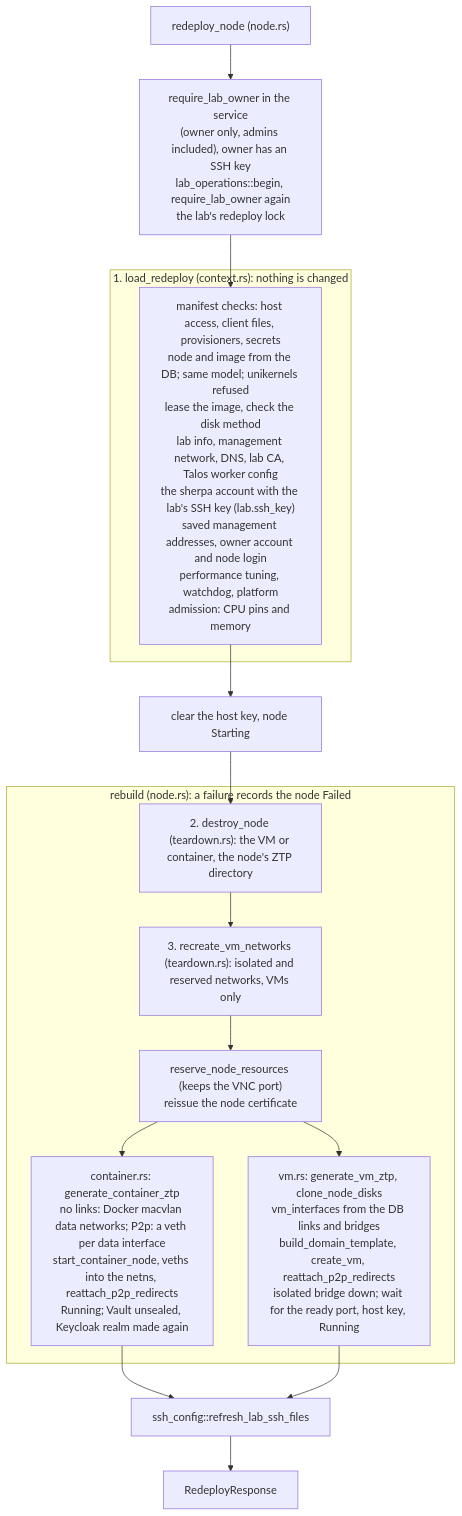
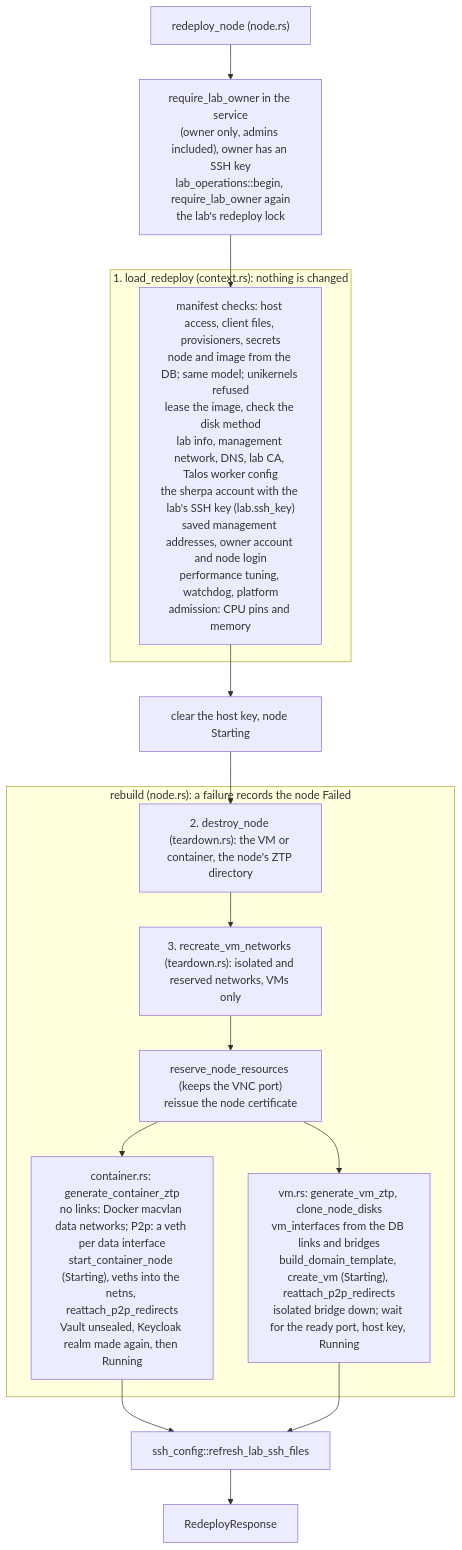
One commit to bwks/sherpa changed diagram 16 of 26 in docs/architecture/SERVER.md. Above: the diagram before and after it, drawn with Mermaid. The commit also changed other lines of this file and 48 other files, not shown here.

````diff
--- a/docs/architecture/SERVER.md
+++ b/docs/architecture/SERVER.md
@@ -793,19 +797,19 @@
 ```mermaid
 flowchart TB
     request["redeploy_node (node.rs)"] --> owner["require_lab_owner in the service<br/>(owner only, admins included), owner has an SSH key<br/>lab_operations::begin, require_lab_owner again<br/>the lab's redeploy lock"]
     owner --> load
     subgraph stage1["1. load_redeploy (context.rs): nothing is changed"]
         load["manifest checks: host access, client files, provisioners, secrets<br/>node and image from the DB; same model; unikernels refused<br/>lease the image, check the disk method<br/>lab info, management network, DNS, lab CA, Talos worker config<br/>the sherpa account with the lab's SSH key (lab.ssh_key)<br/>saved management addresses, owner account and node login<br/>performance tuning, watchdog, platform<br/>admission: CPU pins and memory"]
     end
     load --> starting["clear the host key, node Starting"]
     starting --> destroy
     subgraph rebuild["rebuild (node.rs): a failure records the node Failed"]
         destroy["2. destroy_node (teardown.rs): the VM or container, the node's ZTP directory"] --> vmnets["3. recreate_vm_networks (teardown.rs): isolated and reserved networks, VMs only"]
         vmnets --> resources["reserve_node_resources (keeps the VNC port)<br/>reissue the node certificate"]
-        resources --> ctr["container.rs: generate_container_ztp<br/>no links: Docker macvlan data networks; P2p: a veth per data interface<br/>start_container_node, veths into the netns, reattach_p2p_redirects<br/>Running; Vault unsealed, Keycloak realm made again"]
-        resources --> vm["vm.rs: generate_vm_ztp, clone_node_disks<br/>vm_interfaces from the DB links and bridges<br/>build_domain_template, create_vm, reattach_p2p_redirects<br/>isolated bridge down; wait for the ready port, host key, Running"]
+        resources --> ctr["container.rs: generate_container_ztp<br/>no links: Docker macvlan data networks; P2p: a veth per data interface<br/>start_container_node (Starting), veths into the netns, reattach_p2p_redirects<br/>Vault unsealed, Keycloak realm made again, then Running"]
+        resources --> vm["vm.rs: generate_vm_ztp, clone_node_disks<br/>vm_interfaces from the DB links and bridges<br/>build_domain_template, create_vm (Starting), reattach_p2p_redirects<br/>isolated bridge down; wait for the ready port, host key, Running"]
     end
     ctr --> ssh["ssh_config::refresh_lab_ssh_files"]
     vm --> ssh
     ssh --> stream["RedeployResponse"]
 ```
````
